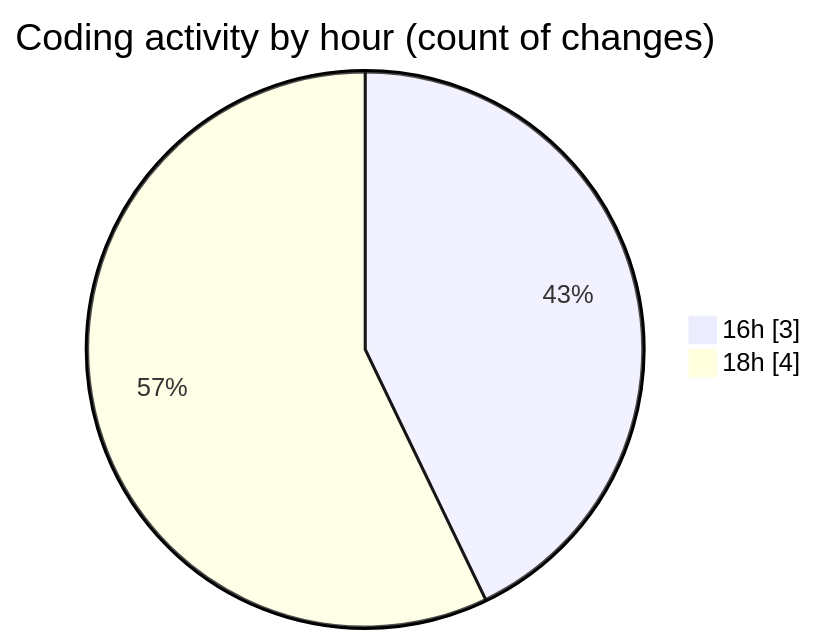
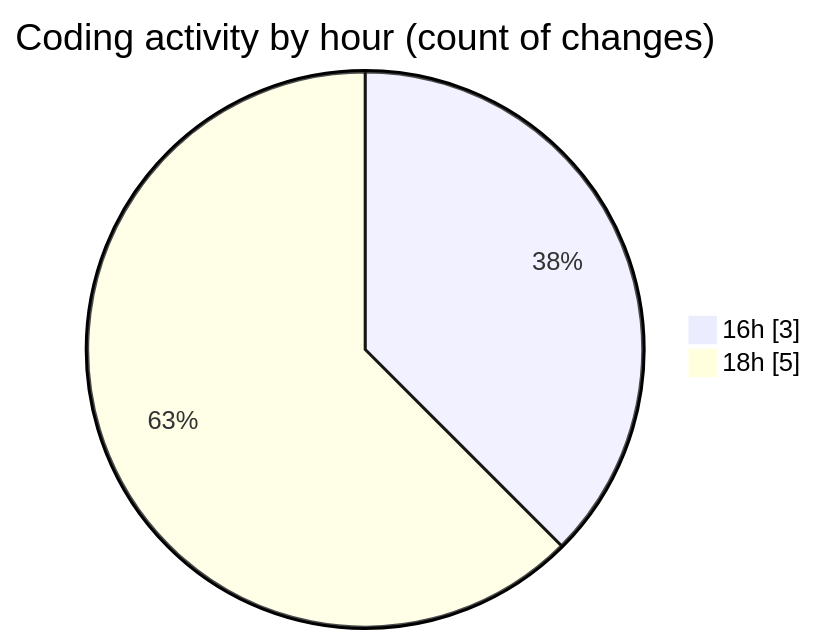
One commit to IJAZ3593/code-tracking changed the second of 2 diagrams in 2025-09-02/multipages_pages/README.md. Above: the diagram before and after it, drawn with Mermaid. The commit also changed other lines of this file and 1 other file, not shown here.

````diff
--- a/2025-09-02/multipages_pages/README.md
+++ b/2025-09-02/multipages_pages/README.md
@@ -37,6 +39,6 @@
 ```mermaid
 pie showData
 title Coding activity by hour (count of changes)
 "16h" : 3
-"18h" : 4
+"18h" : 5
 ```
````
